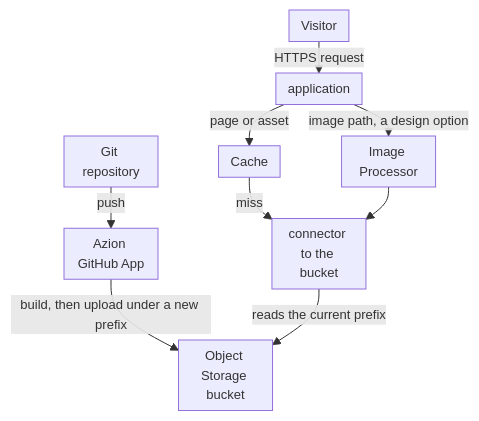
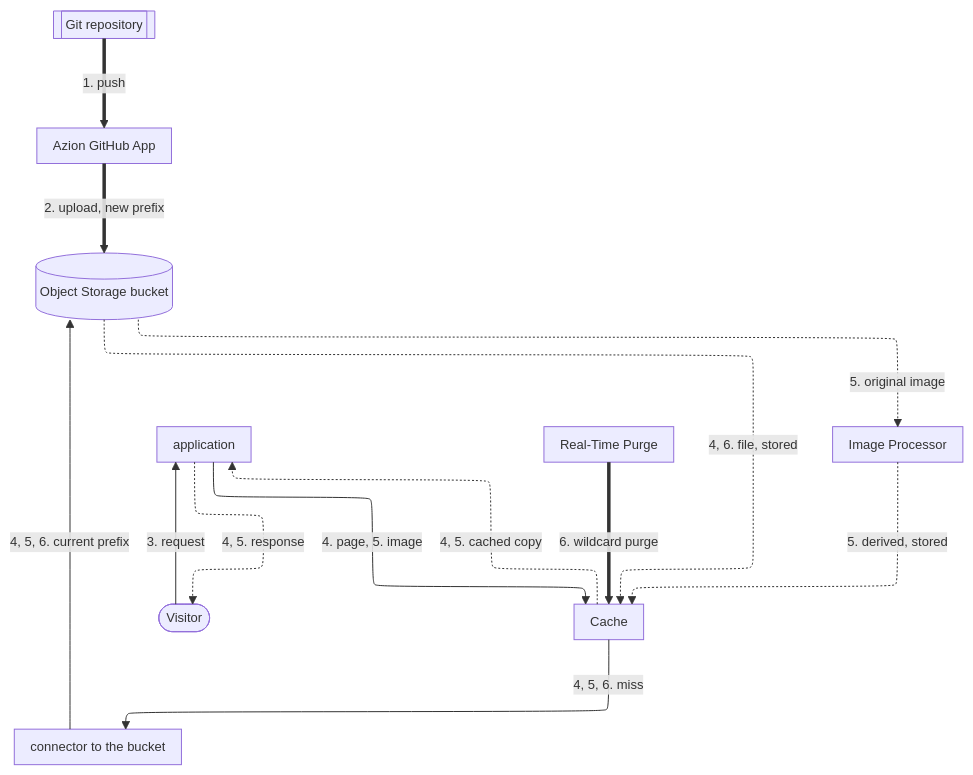
Before and after one commit to aziontech/docs: the first of 2 diagrams in apps/docs/src/content/docs/en/pages/use-cases/build-and-run-applications/build-and-run-marketing-websites.mdx, drawn with Mermaid. The commit also changed other lines of this file and 55 other files, not shown here.

Commit message:
docs(use-cases): redraw the use-case diagrams with the way back and check their claims (#2509)

````diff
--- a/apps/docs/src/content/docs/en/pages/use-cases/build-and-run-applications/build-and-run-marketing-websites.mdx
+++ b/apps/docs/src/content/docs/en/pages/use-cases/build-and-run-applications/build-and-run-marketing-websites.mdx
@@ -39,12 +41,25 @@
 ```mermaid
-%%{init: {"layout": "dagre", "themeVariables": {"fontSize": "13px"}, "flowchart": {"nodeSpacing": 12, "rankSpacing": 12, "padding": 6, "wrappingWidth": 70, "minNodeWidth": 40, "useMaxWidth": true}}}%%
+%%{init: {"layout": "elk", "elk": {"cycleBreakingStrategy": "MODEL_ORDER"}, "themeVariables": {"fontSize": "13px"}, "flowchart": {"nodeSpacing": 24, "rankSpacing": 36, "padding": 8, "wrappingWidth": 150, "useMaxWidth": true}, "sequence": {"width": 120, "actorMargin": 30, "useMaxWidth": true}}}%%
 flowchart TD
-  Repo["Git repository"] -->|"push"| GH["Azion GitHub App"]
-  GH -->|"build, then upload under a new prefix"| Bucket["Object Storage bucket"]
-  Visitor["Visitor"] -->|"HTTPS request"| App["application"]
-  App -->|"page or asset"| Cache["Cache"]
-  App -->|"image path, a design option"| IP["Image Processor"]
-  Cache -->|"miss"| Connector["connector to the bucket"]
-  IP --> Connector
-  Connector -->|"reads the current prefix"| Bucket
+  Visitor(["Visitor"])
+  App["application"]
+  Purge["Real-Time Purge"]
+  Cache["Cache"]
+  Connector["connector to the bucket"]
+  IP["Image Processor"]
+  Repo[["Git repository"]]
+  GH["Azion GitHub App"]
+  Bucket[("Object Storage bucket")]
+  Visitor -->|"3. request"| App
+  App -->|"4. page, 5. image"| Cache
+  Cache -->|"4, 5, 6. miss"| Connector
+  Connector -->|"4, 5, 6. current prefix"| Bucket
+  Bucket -.->|"4, 6. file, stored"| Cache
+  Bucket -.->|"5. original image"| IP
+  IP -.->|"5. derived, stored"| Cache
+  Cache -.->|"4, 5. cached copy"| App
+  App -.->|"4, 5. response"| Visitor
+  Repo ==>|"1. push"| GH
+  GH ==>|"2. upload, new prefix"| Bucket
+  Purge ==>|"6. wildcard purge"| Cache
 ```
````
